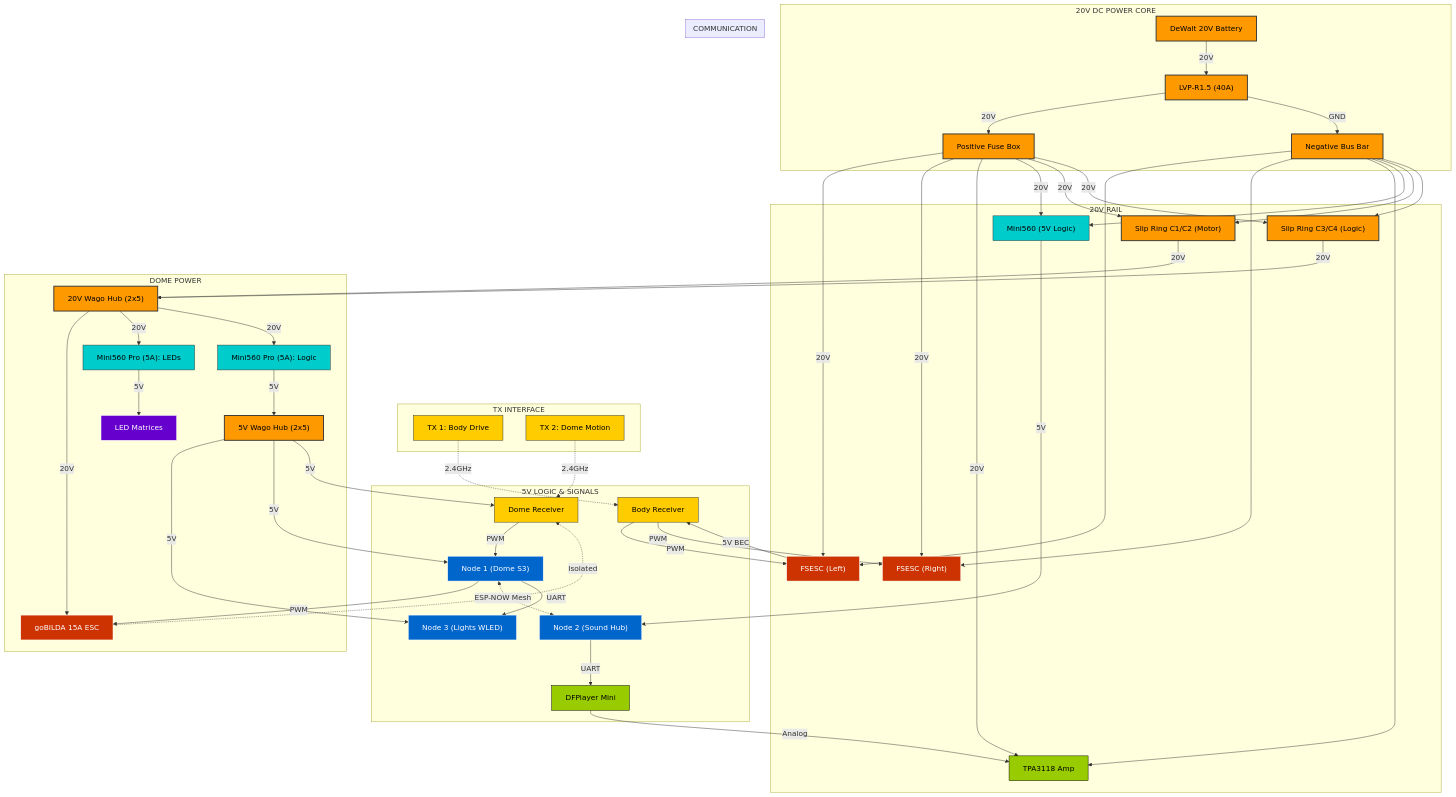
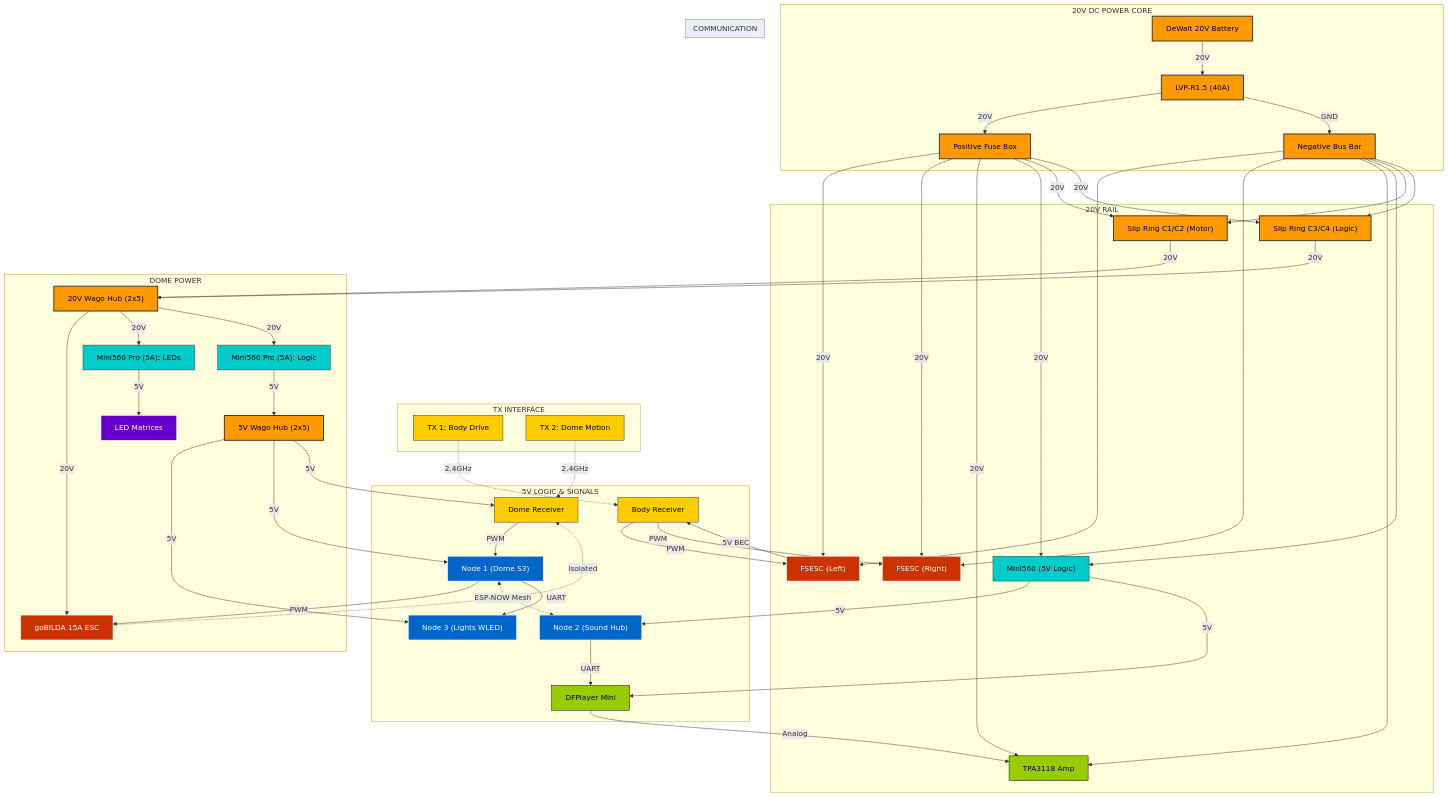
The diagram in docs/architecture/electrical-schematic.md (Ruzzler/Wee2-D2), drawn with Mermaid before and after one commit.

Commit message:
meta: update project context and hardware ecosystem standards

```diff
--- a/docs/architecture/electrical-schematic.md
+++ b/docs/architecture/electrical-schematic.md
@@ -55,7 +55,8 @@
  subgraph LOGIC_RAIL [5V LOGIC & SIGNALS]
  ESC1 -->|5V BEC| RC1["Body Receiver"]:::signal
  BODY_BUCK -->|5V| NODE_2["Node 2 (Sound Hub)"]:::brain
- NODE_2 -->|UART| AUDIO["DFPlayer Mini"]:::audio
+ BODY_BUCK -->|5V| AUDIO["DFPlayer Mini"]:::audio
+ NODE_2 -->|UART| AUDIO
  
  DOME_ESC -.->|Isolated| RC2["Dome Receiver"]:::signal
 
```
